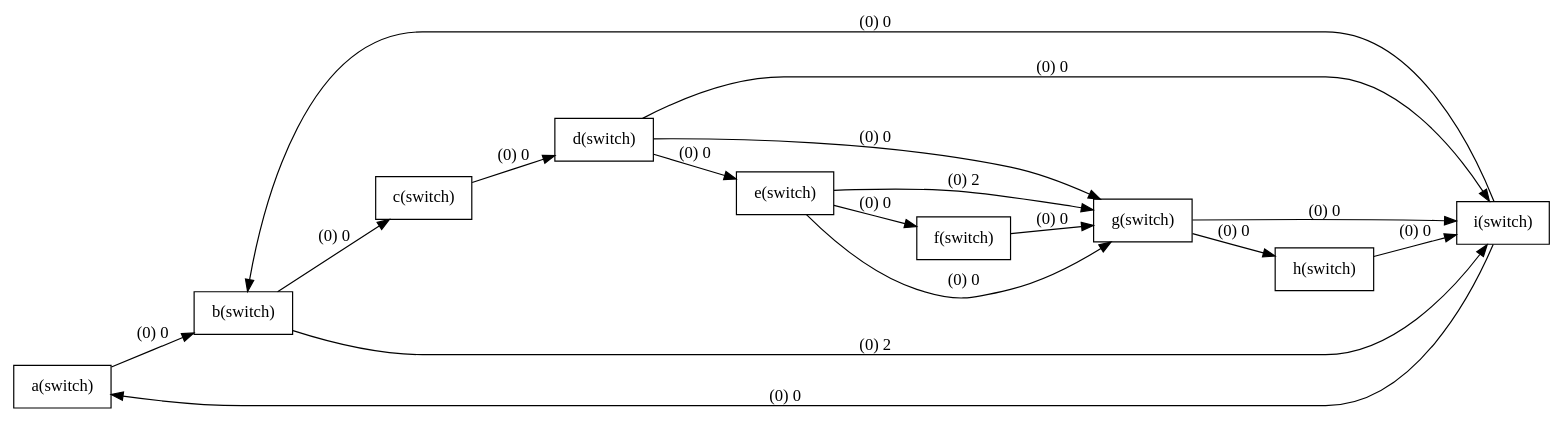
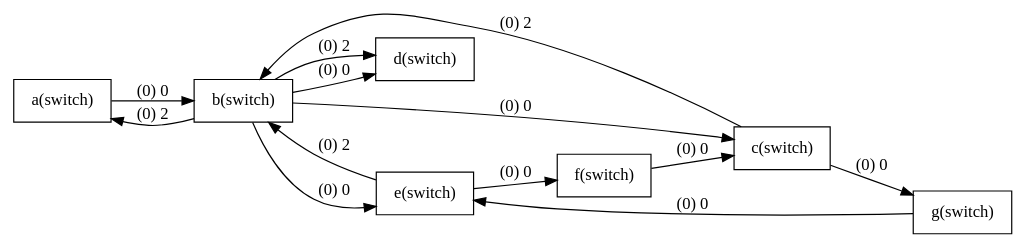
Before and after one commit to henry19970416/2019-spring-gt: the diagram in plot.dot, drawn with Graphviz. The commit also changed 3 other files, not shown here.

```diff
--- a/plot.dot
+++ b/plot.dot
@@ -1,54 +1,42 @@
 digraph G{
 rankdir=LR;
 node [shape=record];
 
 a [label="a(switch)"];
 b [label="b(switch)"];
 a->b[label="(0) 0"];
 b [label="b(switch)"];
 c [label="c(switch)"];
 b->c[label="(0) 0"];
-c [label="c(switch)"];
+b [label="b(switch)"];
 d [label="d(switch)"];
-c->d[label="(0) 0"];
-d [label="d(switch)"];
+b->d[label="(0) 0"];
+b [label="b(switch)"];
 e [label="e(switch)"];
-d->e[label="(0) 0"];
-d [label="d(switch)"];
-i [label="i(switch)"];
-d->i[label="(0) 0"];
-d [label="d(switch)"];
-g [label="g(switch)"];
-d->g[label="(0) 0"];
-e [label="e(switch)"];
-g [label="g(switch)"];
-e->g[label="(0) 0"];
+b->e[label="(0) 0"];
 e [label="e(switch)"];
 f [label="f(switch)"];
 e->f[label="(0) 0"];
 f [label="f(switch)"];
+c [label="c(switch)"];
+f->c[label="(0) 0"];
+c [label="c(switch)"];
 g [label="g(switch)"];
-f->g[label="(0) 0"];
+c->g[label="(0) 0"];
 g [label="g(switch)"];
-i [label="i(switch)"];
-g->i[label="(0) 0"];
-g [label="g(switch)"];
-h [label="h(switch)"];
-g->h[label="(0) 0"];
-h [label="h(switch)"];
-i [label="i(switch)"];
-h->i[label="(0) 0"];
-i [label="i(switch)"];
+e [label="e(switch)"];
+g->e[label="(0) 0"];
+b [label="b(switch)"];
 a [label="a(switch)"];
-i->a[label="(0) 0"];
-i [label="i(switch)"];
+b->a[label="(0) 2"];
+c [label="c(switch)"];
 b [label="b(switch)"];
-i->b[label="(0) 0"];
+c->b[label="(0) 2"];
 b [label="b(switch)"];
-i [label="i(switch)"];
-b->i[label="(0) 2"];
+d [label="d(switch)"];
+b->d[label="(0) 2"];
 e [label="e(switch)"];
-g [label="g(switch)"];
-e->g[label="(0) 2"];
+b [label="b(switch)"];
+e->b[label="(0) 2"];
 
 }
```
